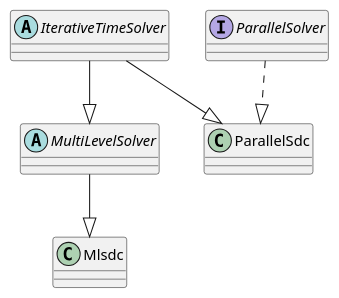
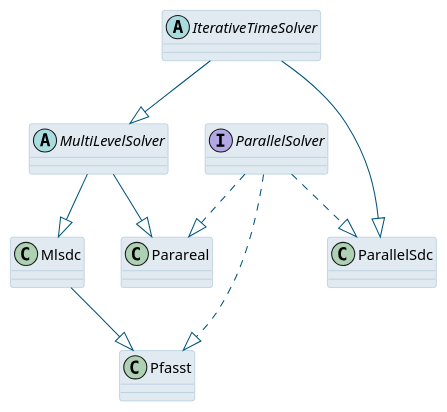
One commit to Parallel-in-Time/PyPinT changed the diagram in doc/source/imgs/src/solvers_interfaces.puml. Above: the diagram before and after it, drawn with PlantUML. The commit also changed 7 other files, not shown here.

Commit message:
docu: fixing diagrams for PinTWS14 talk

```diff
--- a/doc/source/imgs/src/solvers_interfaces.puml
+++ b/doc/source/imgs/src/solvers_interfaces.puml
@@ -1,16 +1,37 @@
 @startuml
+
+skinparam stereotype {
+    CBackgroundColor #AF5A50
+    ABackgroundColor #7D966E
+    IBackgroundColor #D7AA50
+}
+
+skinparam class {
+	BackgroundColor #E1EAF1
+	ArrowColor #00557C
+	BorderColor #99BAD0
+}
 
 abstract class IterativeTimeSolver
 abstract class MultiLevelSolver
 interface ParallelSolver
 
+class Parareal
 class ParallelSdc
 class Mlsdc
+class Pfasst
 
 IterativeTimeSolver --|> ParallelSdc
 ParallelSolver ..|> ParallelSdc
 
+MultiLevelSolver --|> Parareal
+ParallelSolver ..|> Parareal
+
+Mlsdc --|> Pfasst
+ParallelSolver ..|> Pfasst
+
 IterativeTimeSolver --|> MultiLevelSolver
 MultiLevelSolver --|> Mlsdc
 
+
 @enduml
```
